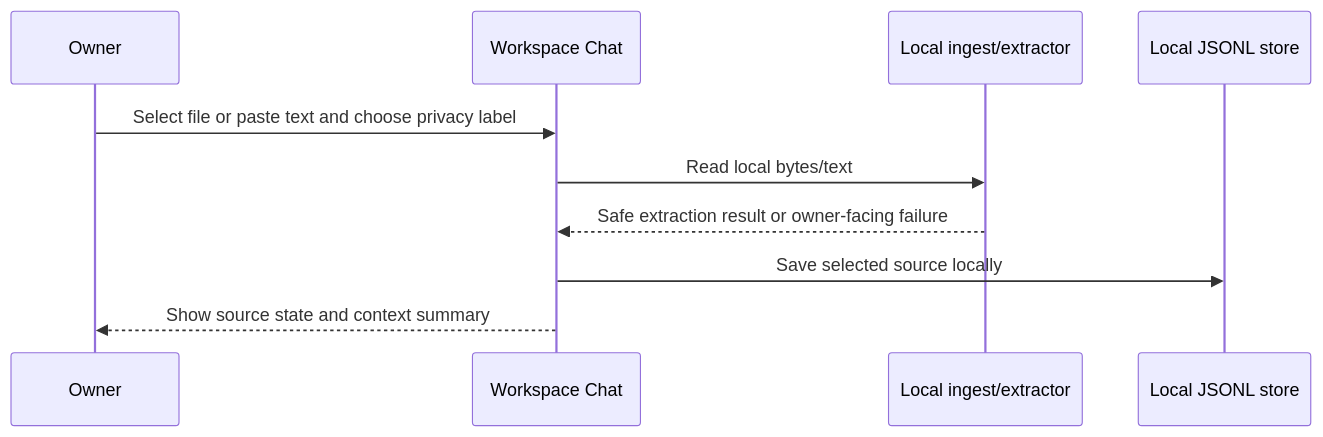
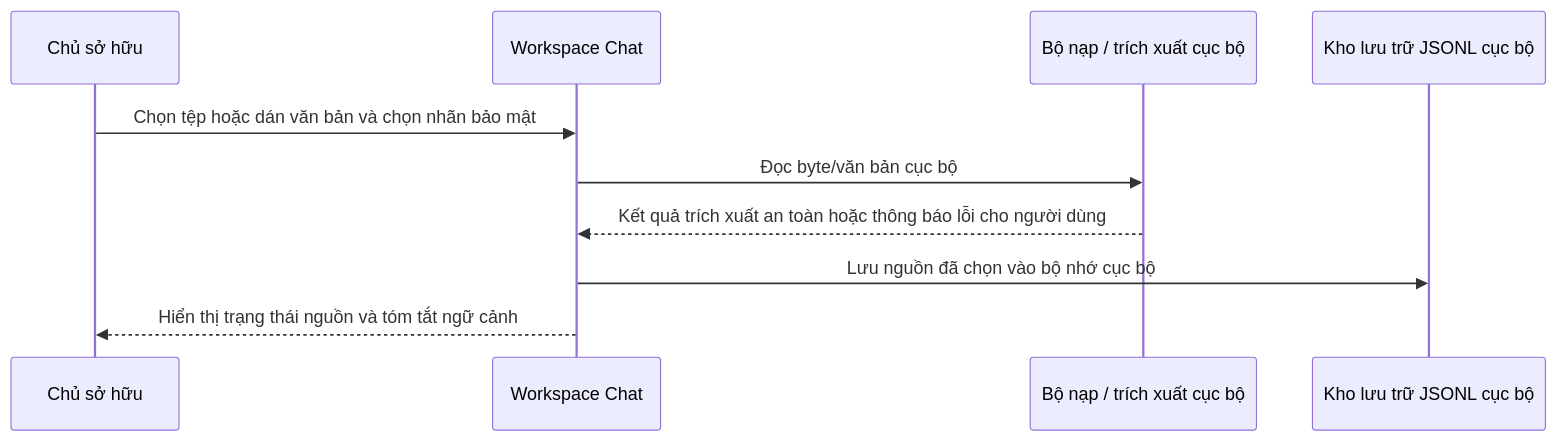
One commit to Nakazasen/AIOS_habbit changed the diagram in docs/architecture/sequences/INGEST.md. Above: the diagram before and after it, drawn with Mermaid. The commit also changed other lines of this file and 419 other files, not shown here.

First line of the commit message:
docs(understand): add localized knowledge graph and update documentation

````diff
--- a/docs/architecture/sequences/INGEST.md
+++ b/docs/architecture/sequences/INGEST.md
@@ -8,12 +8,12 @@
 ```mermaid
 sequenceDiagram
-    participant O as Owner
+    participant O as Chủ sở hữu
     participant UI as Workspace Chat
-    participant X as Local ingest/extractor
-    participant S as Local JSONL store
-    O->>UI: Select file or paste text and choose privacy label
-    UI->>X: Read local bytes/text
-    X-->>UI: Safe extraction result or owner-facing failure
-    UI->>S: Save selected source locally
-    UI-->>O: Show source state and context summary
+    participant X as Bộ nạp / trích xuất cục bộ
+    participant S as Kho lưu trữ JSONL cục bộ
+    O->>UI: Chọn tệp hoặc dán văn bản và chọn nhãn bảo mật
+    UI->>X: Đọc byte/văn bản cục bộ
+    X-->>UI: Kết quả trích xuất an toàn hoặc thông báo lỗi cho người dùng
+    UI->>S: Lưu nguồn đã chọn vào bộ nhớ cục bộ
+    UI-->>O: Hiển thị trạng thái nguồn và tóm tắt ngữ cảnh
 ```
````
